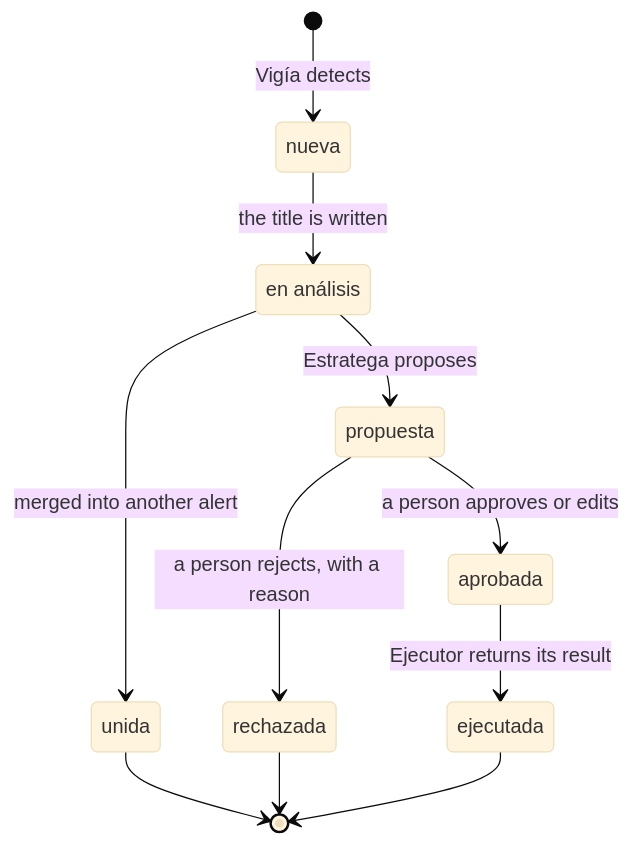
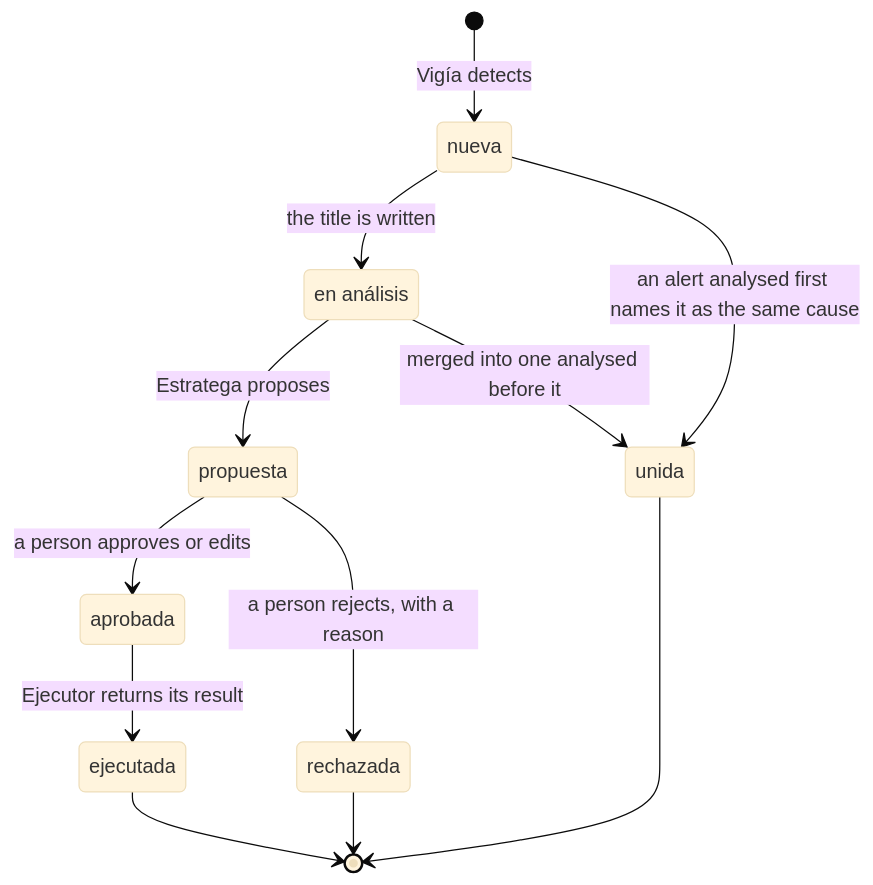
The third of 3 diagrams in docs/guide/chapters/alert-journey.md (alejandroserranodev-ant/Centinela), drawn with Mermaid (base theme) before and after one commit. The commit also changed other lines of this file and 25 other files, not shown here.

````diff
--- a/docs/guide/chapters/alert-journey.md
+++ b/docs/guide/chapters/alert-journey.md
@@ -91,14 +92,15 @@
 ```mermaid
 stateDiagram-v2
   state "en análisis" as en_analisis
   [*] --> nueva: Vigía detects
   nueva --> en_analisis: the title is written
   en_analisis --> propuesta: Estratega proposes
-  en_analisis --> unida: merged into another alert
+  en_analisis --> unida: merged into one analysed before it
+  nueva --> unida: an alert analysed first names it as the same cause
   propuesta --> aprobada: a person approves or edits
   propuesta --> rechazada: a person rejects, with a reason
   aprobada --> ejecutada: Ejecutor returns its result
   unida --> [*]
   rechazada --> [*]
   ejecutada --> [*]
 ```
````
